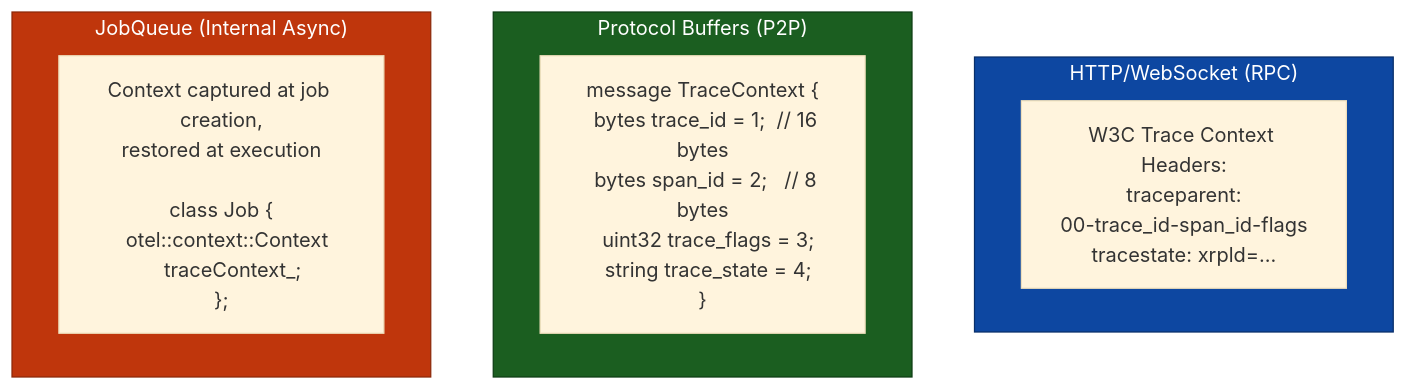
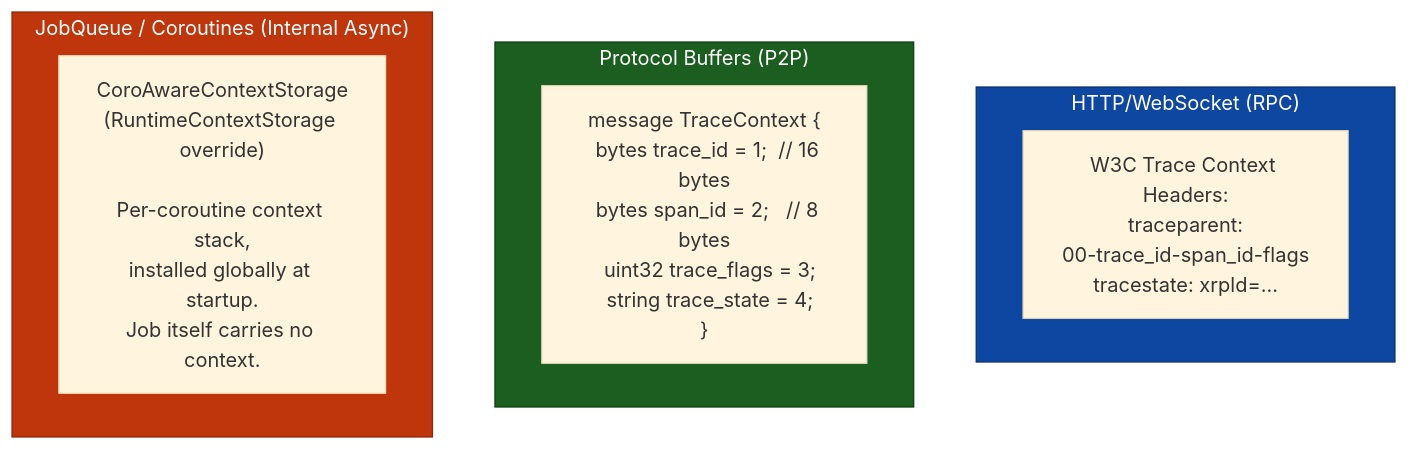
Before and after one commit to XRPLF/rippled: the second of 3 diagrams in OpenTelemetryPlan/02-design-decisions.md, drawn with Mermaid (base theme). The commit also changed other lines of this file and 34 other files, not shown here.

````diff
--- a/OpenTelemetryPlan/02-design-decisions.md
+++ b/OpenTelemetryPlan/02-design-decisions.md
@@ -548,18 +676,18 @@
 ```mermaid
 flowchart TB
     subgraph http["HTTP/WebSocket (RPC)"]
         w3c["W3C Trace Context Headers:<br/>traceparent:<br/>00-trace_id-span_id-flags<br/>tracestate: xrpld=..."]
     end
 
     subgraph protobuf["Protocol Buffers (P2P)"]
         proto["message TraceContext {<br/>  bytes trace_id = 1;  // 16 bytes<br/>  bytes span_id = 2;   // 8 bytes<br/>  uint32 trace_flags = 3;<br/>  string trace_state = 4;<br/>}"]
     end
 
-    subgraph jobqueue["JobQueue (Internal Async)"]
-        job["Context captured at job creation,<br/>restored at execution<br/><br/>class Job {<br/>  otel::context::Context<br/>    traceContext_;<br/>};"]
+    subgraph jobqueue["JobQueue / Coroutines (Internal Async)"]
+        job["CoroAwareContextStorage<br/>(RuntimeContextStorage override)<br/><br/>Per-coroutine context stack,<br/>installed globally at startup.<br/>Job itself carries no context."]
     end
 
     style http fill:#0d47a1,stroke:#082f6a,color:#ffffff
     style protobuf fill:#1b5e20,stroke:#0d3d14,color:#ffffff
     style jobqueue fill:#bf360c,stroke:#8c2809,color:#ffffff
 ```
````
